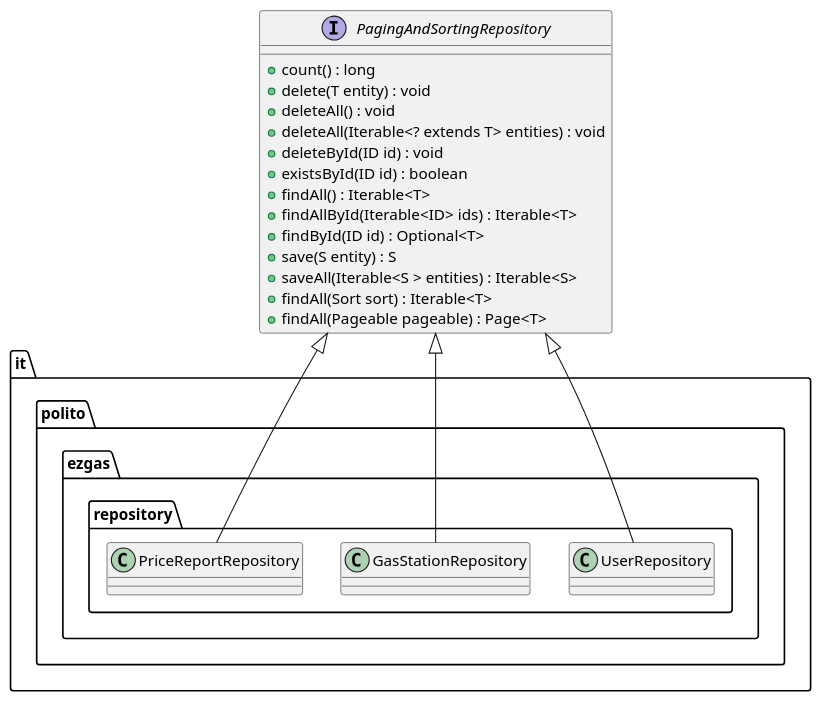
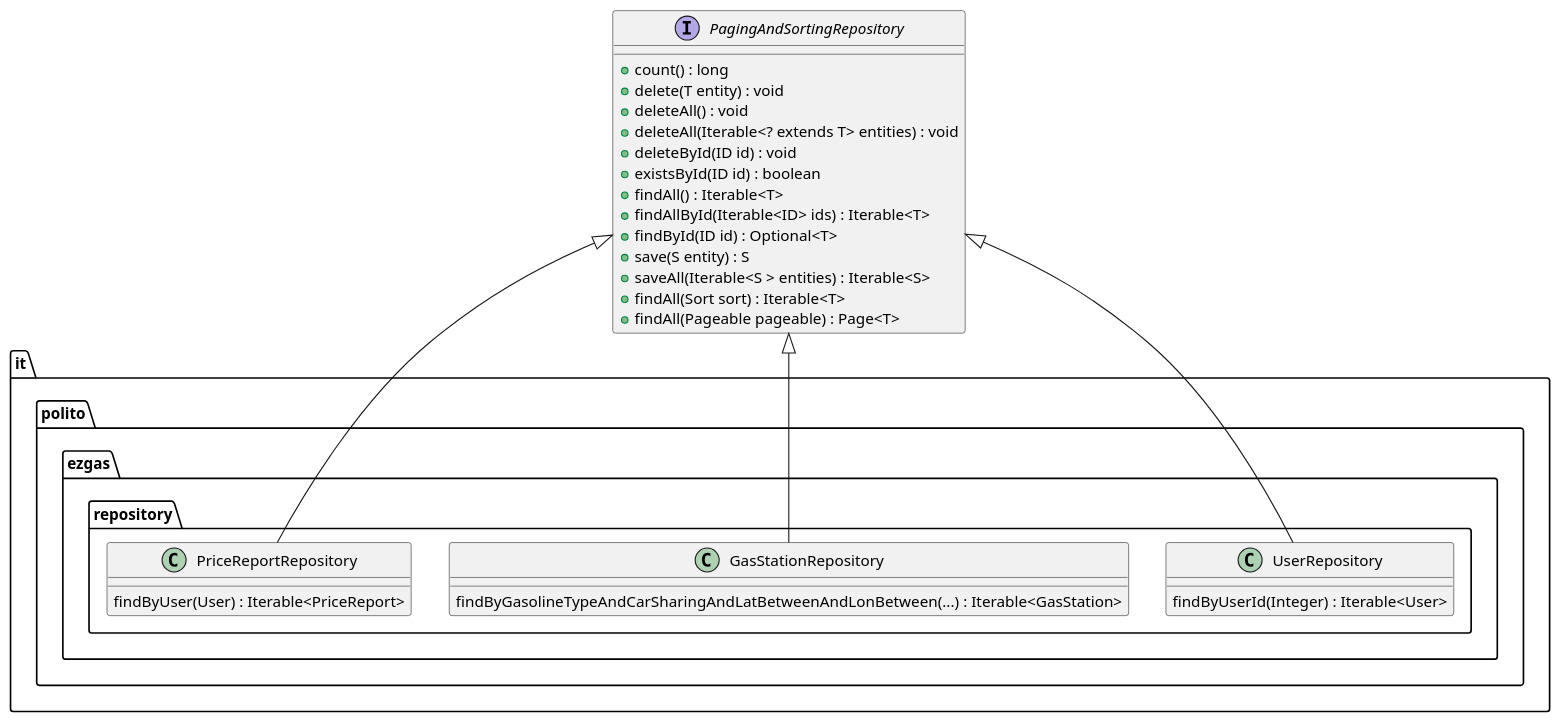
The ninth of 13 diagrams in docs/DesignDocument.md (lucarinelli/ezgas), drawn with PlantUML before and after one commit.

Commit message:
docs: add methods to repositories

````diff
--- a/docs/DesignDocument.md
+++ b/docs/DesignDocument.md
@@ -468,37 +468,38 @@
 ```plantuml
 @startuml
 package "it.polito.ezgas.repository" {
         class UserRepository{
-            
+            findByUserId(Integer) : Iterable<User>
         }
         
         class GasStationRepository{
-
+            findByGasolineTypeAndCarSharingAndLatBetweenAndLonBetween(...) : Iterable<GasStation>
         }
         
         class PriceReportRepository{
+            findByUser(User) : Iterable<PriceReport>
         }
         
     }
 
 interface PagingAndSortingRepository{
         +count() : long
         +delete(T entity) : void
         +deleteAll() : void
         +deleteAll(Iterable<? extends T> entities) : void
         +deleteById(ID id) : void
         +existsById(ID id) : boolean
         +findAll() : Iterable<T>
         +findAllById(Iterable<ID> ids) : Iterable<T> 
         +findById(ID id) : Optional<T>
         +save(S entity) : S
         +saveAll(Iterable<S > entities) : Iterable<S>
         +findAll(Sort sort) : Iterable<T> 
         +findAll(Pageable pageable) : Page<T>
     }
 
 PagingAndSortingRepository <|-- UserRepository
 PagingAndSortingRepository <|-- GasStationRepository
 PagingAndSortingRepository <|-- PriceReportRepository
 @enduml
 ```
````
